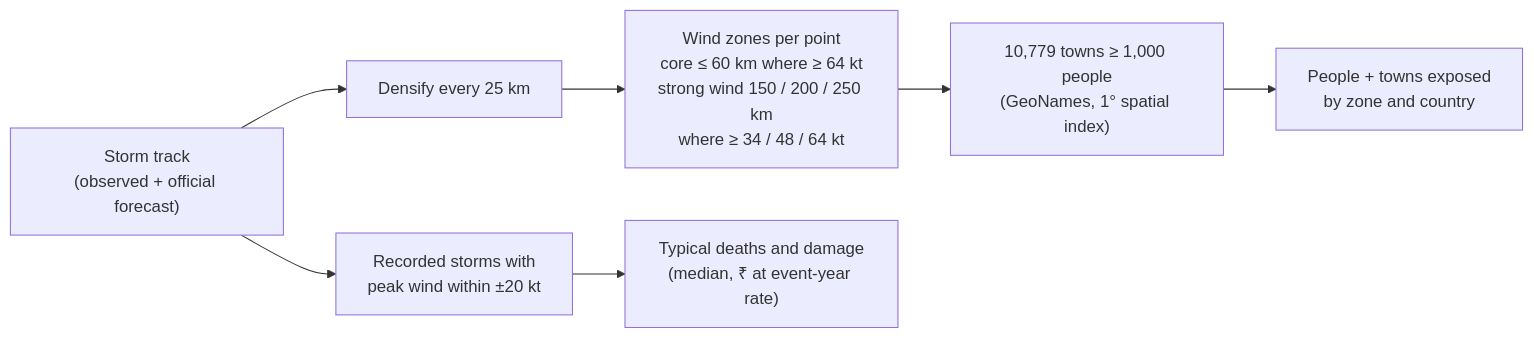
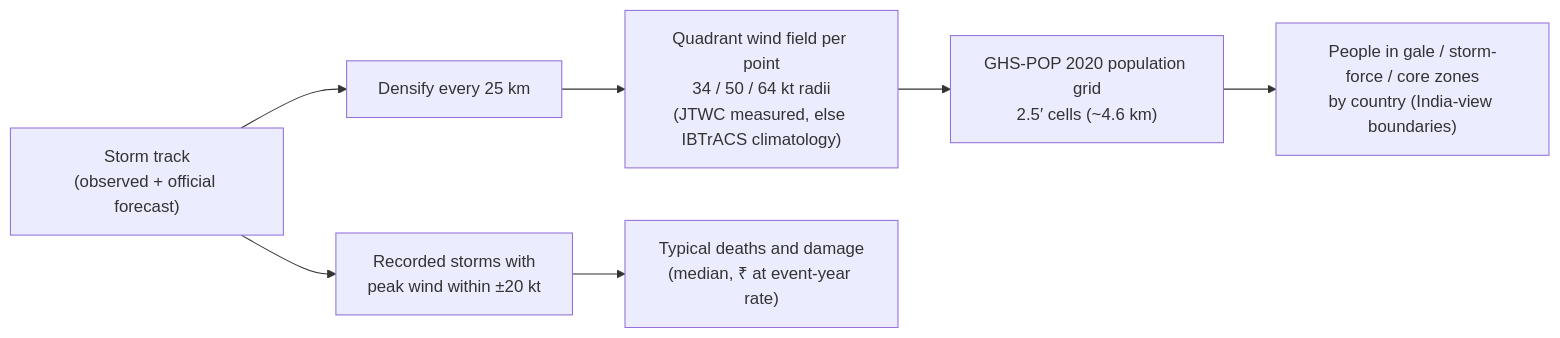
Diagram 12 of 14 in README.md (itstaruns27/cyclo-nexus), drawn with Mermaid before and after one commit. The commit also changed other lines of this file and 16 other files, not shown here.

Commit message:
Phase 0: grid-based 'people within 50 km', localised compass words, data provenance in README

````diff
--- a/README.md
+++ b/README.md
@@ -784,9 +786,9 @@
 ```mermaid
 flowchart LR
     TR["Storm track<br/>(observed + official forecast)"] --> D["Densify every 25 km"]
-    D --> Z["Wind zones per point<br/>core ≤ 60 km where ≥ 64 kt<br/>strong wind 150 / 200 / 250 km<br/>where ≥ 34 / 48 / 64 kt"]
-    Z --> G["10,779 towns ≥ 1,000 people<br/>(GeoNames, 1° spatial index)"]
-    G --> O1["People + towns exposed<br/>by zone and country"]
+    D --> Z["Quadrant wind field per point<br/>34 / 50 / 64 kt radii<br/>(JTWC measured, else IBTrACS climatology)"]
+    Z --> G["GHS-POP 2020 population grid<br/>2.5′ cells (~4.6 km)"]
+    G --> O1["People in gale / storm-force / core zones<br/>by country (India-view boundaries)"]
     TR --> A["Recorded storms with<br/>peak wind within ±20 kt"]
     A --> O2["Typical deaths and damage<br/>(median, ₹ at event-year rate)"]
 ```
````
